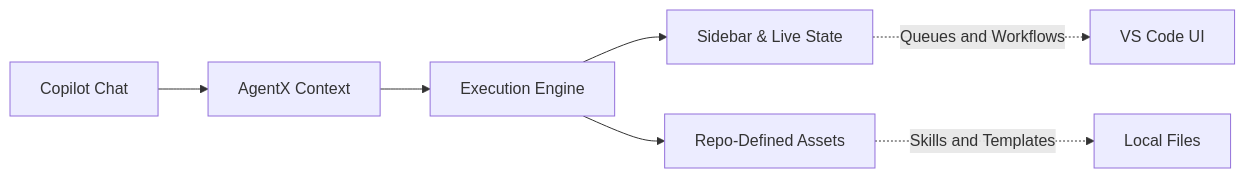
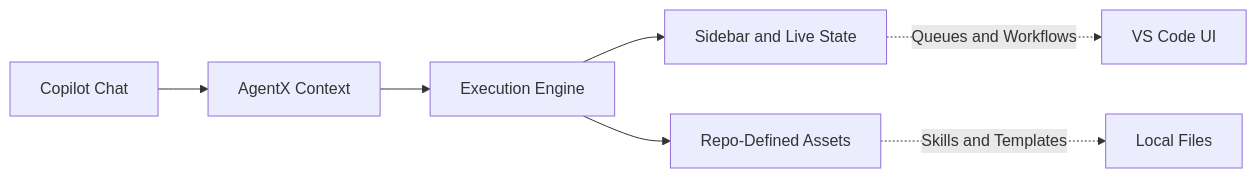
One commit to jnPiyush/AgentX changed the first of 2 diagrams in vscode-extension/README.md. Above: the diagram before and after it, drawn with Mermaid. The commit also changed other lines of this file, not shown here.

Commit message:
docs(vscode-extension): fix mermaid rendering, update skill count to 107, refresh recent changes [skip-issue]

````diff
--- a/vscode-extension/README.md
+++ b/vscode-extension/README.md
@@ -40,10 +40,10 @@
 ```mermaid
 flowchart LR
-    Chat[Copilot Chat] --> Context[AgentX Context] --> Engine[Execution Engine]
+    Chat["Copilot Chat"] --> Context["AgentX Context"] --> Engine["Execution Engine"]
 
-    Engine --> View[Sidebar & Live State]
-    Engine --> File[Repo-Defined Assets]
+    Engine --> View["Sidebar and Live State"]
+    Engine --> File["Repo-Defined Assets"]
 
-    View -.->|Queues and Workflows| UI[VS Code UI]
-    File -.->|Skills and Templates| Workspace[Local Files]
+    View -.->|"Queues and Workflows"| UI["VS Code UI"]
+    File -.->|"Skills and Templates"| Workspace["Local Files"]
 ```
````
